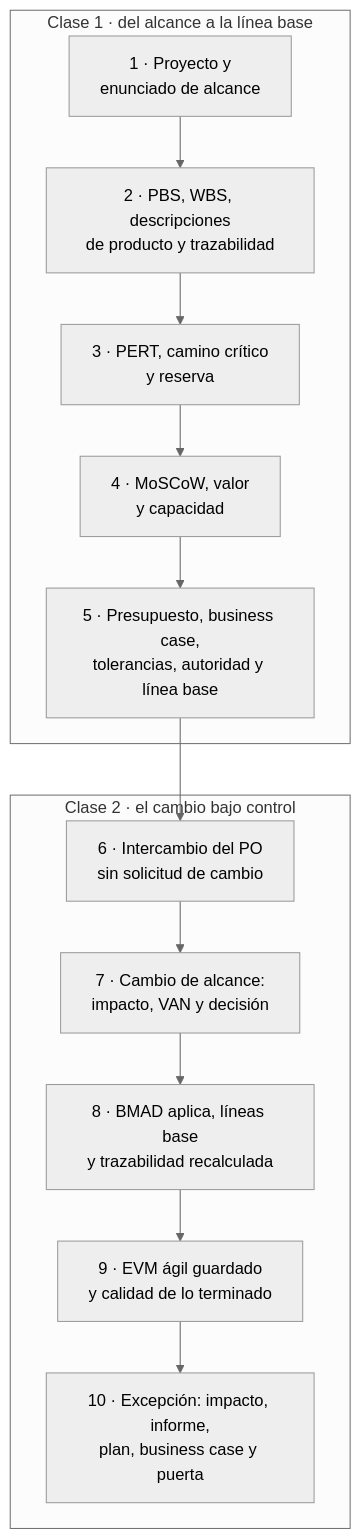
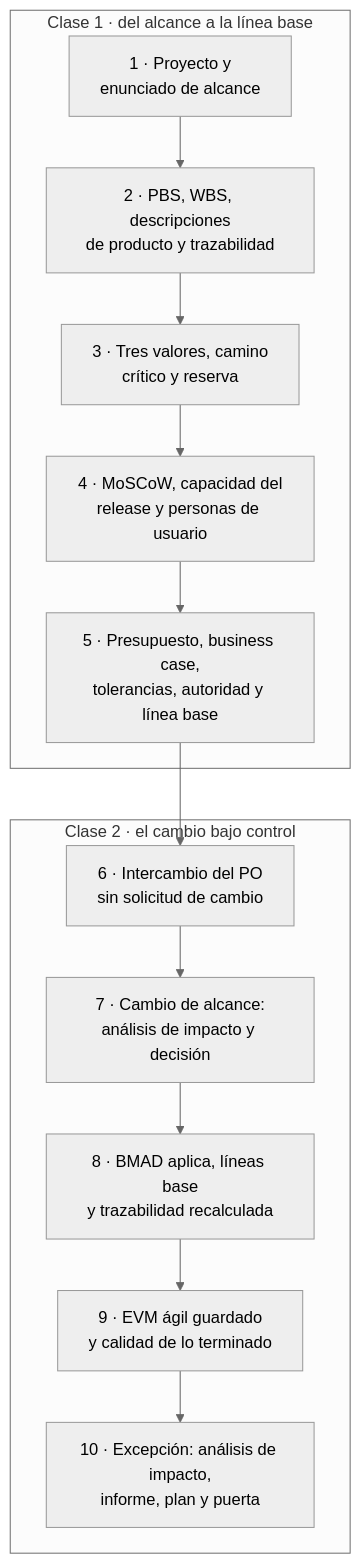
Before and after one commit to Arturo-Penas-Rial/pm-method: the first of 6 diagrams in docs/guias/E2E-2-alcance-roadmap.md, drawn with Mermaid (neutral theme). The commit also changed other lines of this file and 284 other files, not shown here.

Commit message:
pm-method 2.4.0: contingencias, personas, radar, lecciones, impacto, auditoría y material de formación

````diff
--- a/docs/guias/E2E-2-alcance-roadmap.md
+++ b/docs/guias/E2E-2-alcance-roadmap.md
@@ -94,15 +101,15 @@
 ```mermaid
 flowchart TB
     subgraph c1["Clase 1 · del alcance a la línea base"]
         a["1 · Proyecto y<br/>enunciado de alcance"] --> b["2 · PBS, WBS, descripciones<br/>de producto y trazabilidad"]
-        b --> c["3 · PERT, camino crítico<br/>y reserva"] --> d["4 · MoSCoW, valor<br/>y capacidad"]
+        b --> c["3 · Tres valores, camino<br/>crítico y reserva"] --> d["4 · MoSCoW, capacidad del<br/>release y personas de usuario"]
         d --> e["5 · Presupuesto, business case,<br/>tolerancias, autoridad y línea base"]
     end
     subgraph c2["Clase 2 · el cambio bajo control"]
-        f["6 · Intercambio del PO<br/>sin solicitud de cambio"] --> g["7 · Cambio de alcance:<br/>impacto, VAN y decisión"]
+        f["6 · Intercambio del PO<br/>sin solicitud de cambio"] --> g["7 · Cambio de alcance:<br/>análisis de impacto y decisión"]
         g --> h["8 · BMAD aplica, líneas base<br/>y trazabilidad recalculada"]
         h --> i["9 · EVM ágil guardado<br/>y calidad de lo terminado"]
-        i --> j["10 · Excepción: impacto, informe,<br/>plan, business case y puerta"]
+        i --> j["10 · Excepción: análisis de impacto,<br/>informe, plan y puerta"]
     end
     e --> f
 ```
````
